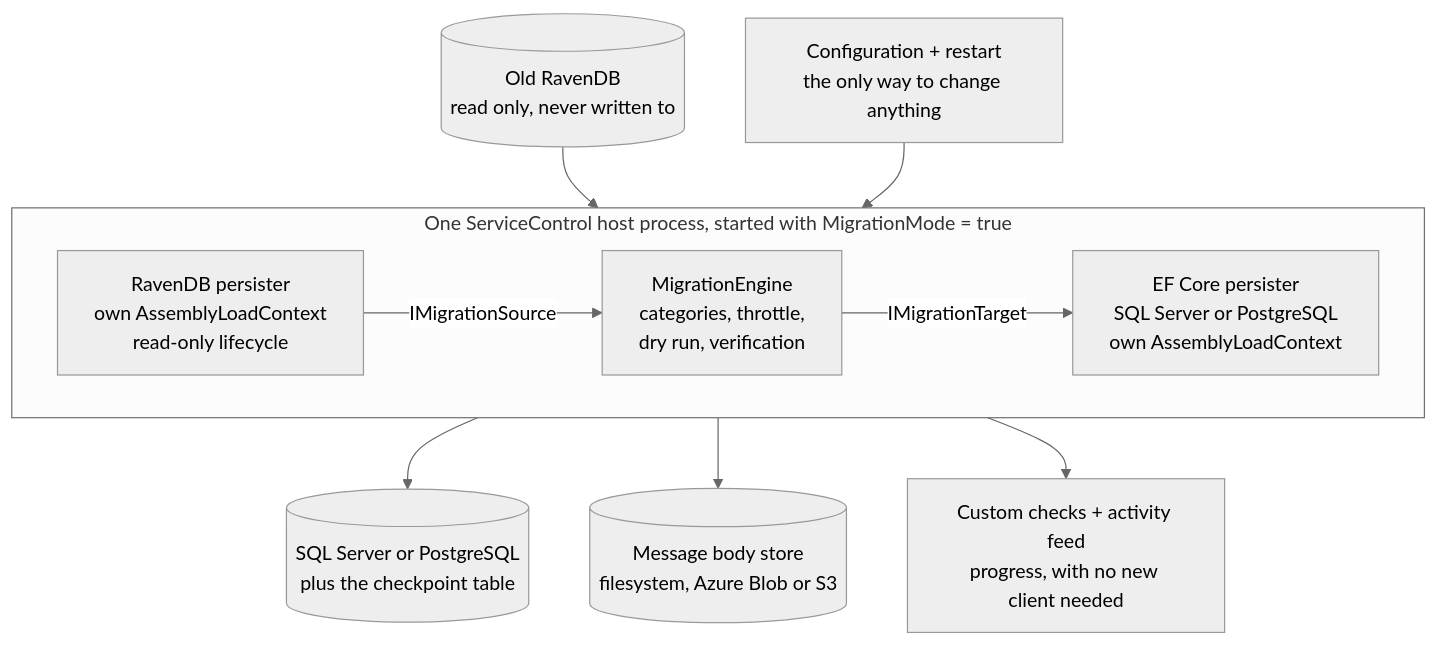
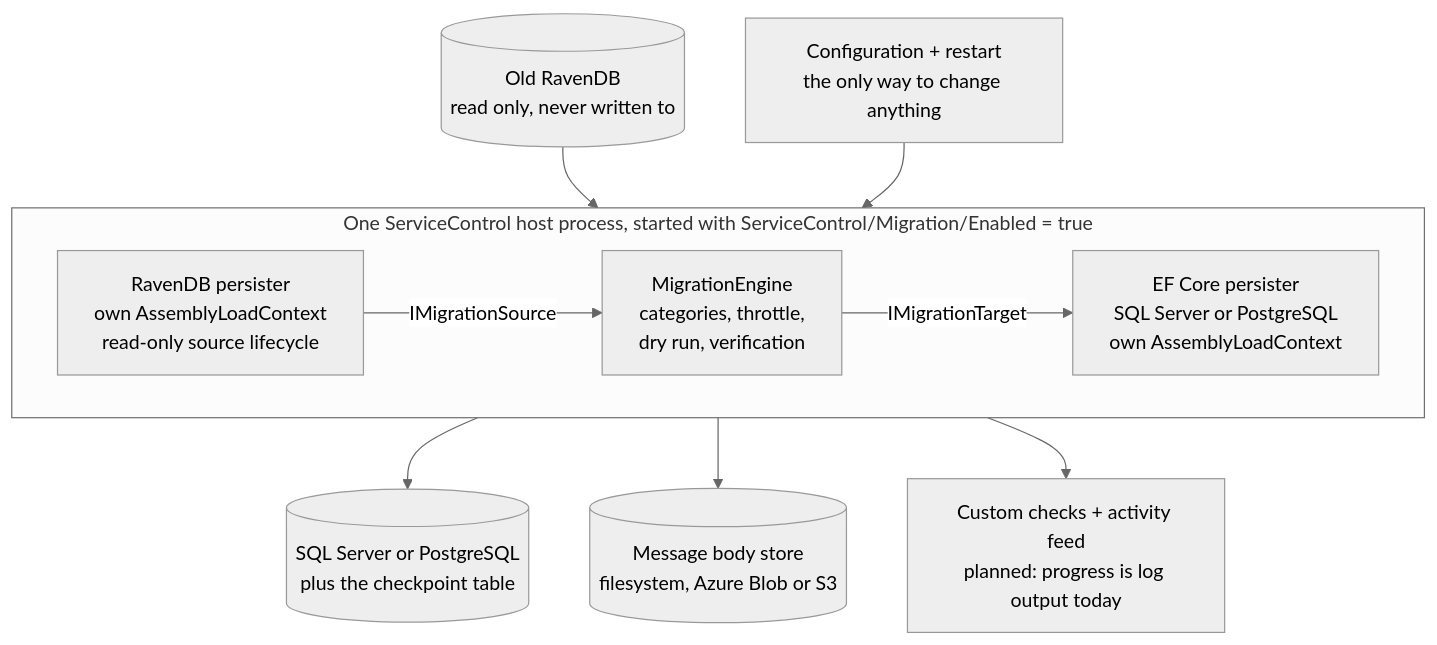
The first of 4 diagrams in docs/migration/ravendb-to-sql-migration-overview.md (Particular/ServiceControl), drawn with Mermaid (neutral theme) before and after one commit. The commit also changed other lines of this file and 4 other files, not shown here.

````diff
--- a/docs/migration/ravendb-to-sql-migration-overview.md
+++ b/docs/migration/ravendb-to-sql-migration-overview.md
@@ -92,24 +101,24 @@
 ```mermaid
 flowchart TB
     cfg["Configuration + restart<br/>the only way to change anything"]
-    checks["Custom checks + activity feed<br/>progress, with no new client needed"]
+    checks["Custom checks + activity feed<br/>planned: progress is log output today"]
 
-    subgraph host["One ServiceControl host process, started with MigrationMode = true"]
+    subgraph host["One ServiceControl host process, started with ServiceControl/Migration/Enabled = true"]
         direction LR
-        raven["RavenDB persister<br/>own AssemblyLoadContext<br/>read-only lifecycle"]
+        raven["RavenDB persister<br/>own AssemblyLoadContext<br/>read-only source lifecycle"]
         engine["MigrationEngine<br/>categories, throttle,<br/>dry run, verification"]
         target["EF Core persister<br/>SQL Server or PostgreSQL<br/>own AssemblyLoadContext"]
         raven -->|"IMigrationSource"| engine
         engine -->|"IMigrationTarget"| target
     end
 
     old[("Old RavenDB<br/>read only, never written to")]
     sql[("SQL Server or PostgreSQL<br/>plus the checkpoint table")]
     bodies[("Message body store<br/>filesystem, Azure Blob or S3")]
 
     cfg --> host
     host --> checks
     old --> raven
     target --> sql
     target --> bodies
 ```
````
